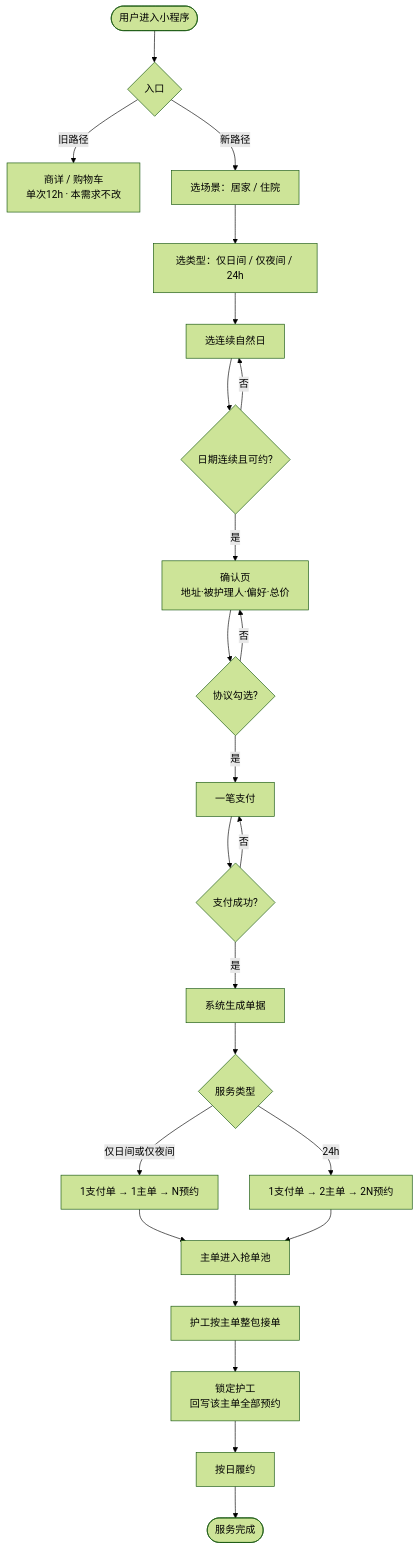
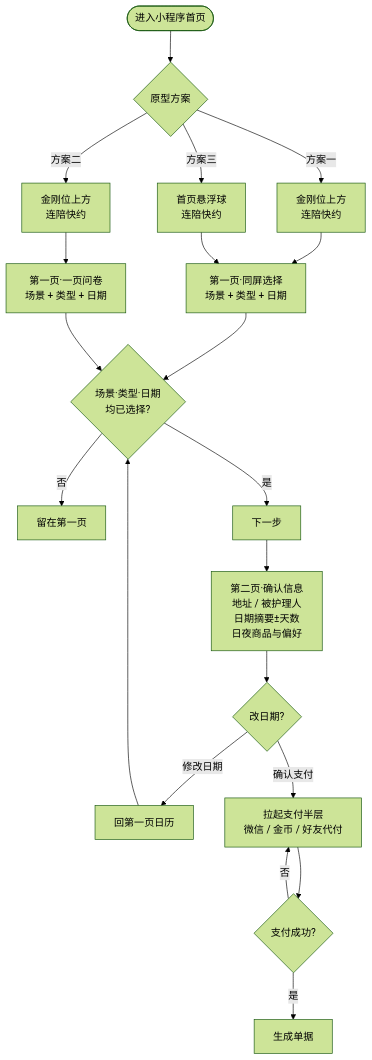
One commit to haiyan-design/prototypes changed the first of 4 diagrams in order_quickly/PRD-R-261022-019-连续陪护快下单.md. Above: the diagram before and after it, drawn with Mermaid (forest theme). The commit also changed other lines of this file and 2 other files, not shown here.

````diff
--- a/order_quickly/PRD-R-261022-019-连续陪护快下单.md
+++ b/order_quickly/PRD-R-261022-019-连续陪护快下单.md
@@ -152,33 +161,28 @@
 ```mermaid
 flowchart TD
-  Start([用户进入小程序]) --> Entry{入口}
+  Start([进入小程序首页]) --> Scheme{原型方案}
 
-  Entry -->|旧路径| Old[商详 / 购物车<br/>单次12h · 本需求不改]
-  Entry -->|新路径| Q1[选场景：居家 / 住院]
+  Scheme -->|方案一| E1[金刚位上方<br/>连陪快约]
+  Scheme -->|方案二| E2[金刚位上方<br/>连陪快约]
+  Scheme -->|方案三| E3[首页悬浮球<br/>连陪快约]
 
-  Q1 --> Q2[选类型：仅日间 / 仅夜间 / 24h]
-  Q2 --> Q3[选连续自然日]
-  Q3 --> Check{日期连续且可约?}
-  Check -->|否| Q3
-  Check -->|是| Confirm[确认页<br/>地址·被护理人·偏好·总价]
+  E1 --> P1A[第一页·同屏选择<br/>场景 + 类型 + 日期]
+  E2 --> P1B[第一页·一页问卷<br/>场景 + 类型 + 日期]
+  E3 --> P1A
 
-  Confirm --> Agree{协议勾选?}
-  Agree -->|否| Confirm
-  Agree -->|是| Pay[一笔支付]
+  P1A --> Ready{场景·类型·日期<br/>均已选择?}
+  P1B --> Ready
+  Ready -->|否| Stay[留在第一页]
+  Ready -->|是| Next[下一步]
 
-  Pay --> PayOK{支付成功?}
-  PayOK -->|否| Pay
-  PayOK -->|是| Create[系统生成单据]
+  Next --> P2[第二页·确认信息<br/>地址 / 被护理人<br/>日期摘要±天数<br/>日夜商品与偏好]
 
-  Create --> Mode{服务类型}
-  Mode -->|仅日间或仅夜间| M1[1支付单 → 1主单 → N预约]
-  Mode -->|24h| M2[1支付单 → 2主单 → 2N预约]
+  P2 --> EditDate{改日期?}
+  EditDate -->|修改日期| Back1[回第一页日历]
+  Back1 --> Ready
+  EditDate -->|确认支付| Sheet[拉起支付半层<br/>微信 / 金币 / 好友代付]
 
-  M1 --> Pool[主单进入抢单池]
-  M2 --> Pool
-
-  Pool --> Grab[护工按主单整包接单]
-  Grab --> Lock[锁定护工<br/>回写该主单全部预约]
-  Lock --> Serve[按日履约]
-  Serve --> Done([服务完成])
+  Sheet --> PayOK{支付成功?}
+  PayOK -->|否| Sheet
+  PayOK -->|是| Create[生成单据]
 ```
````
